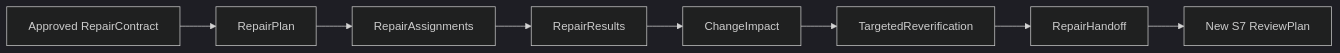
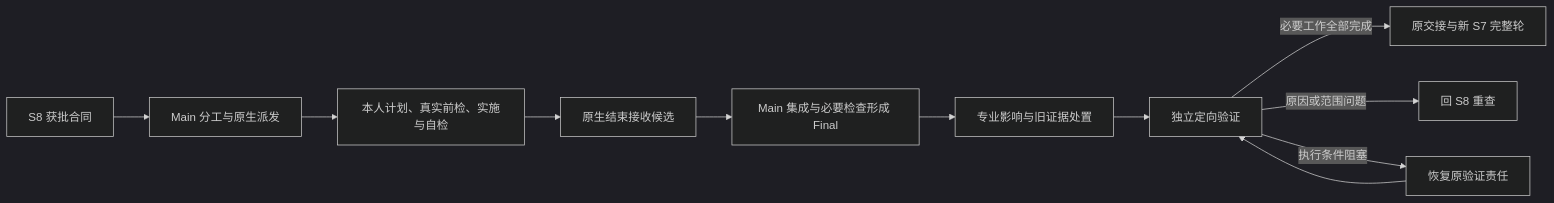
One commit to Sebs-Lee/go-system-builder changed the diagram in blueprint/l3-stages/L3-S9-repair.md. Above: the diagram before and after it, drawn with Mermaid (dark theme). The commit also changed other lines of this file and 468 other files, not shown here.

````diff
--- a/blueprint/l3-stages/L3-S9-repair.md
+++ b/blueprint/l3-stages/L3-S9-repair.md
@@ -299,10 +13,13 @@
 ```mermaid
 flowchart LR
-    RC["Approved RepairContract"] --> RP["RepairPlan"]
-    RP --> RA["RepairAssignments"]
-    RA --> RR["RepairResults"]
-    RR --> CI["ChangeImpact"]
-    CI --> TV["TargetedReverification"]
-    TV --> RH["RepairHandoff"]
-    RH --> S7["New S7 ReviewPlan"]
+    CONTRACT["S8 获批合同"] --> DIVIDE["Main 分工与原生派发"]
+    DIVIDE --> BUILD["本人计划、真实前检、实施与自检"]
+    BUILD --> CANDIDATE["原生结束接收候选"]
+    CANDIDATE --> FINAL["Main 集成与必要检查形成 Final"]
+    FINAL --> IMPACT["专业影响与旧证据处置"]
+    IMPACT --> TARGET["独立定向验证"]
+    TARGET -->|"必要工作全部完成"| HANDOFF["原交接与新 S7 完整轮"]
+    TARGET -->|"原因或范围问题"| INVESTIGATE["回 S8 重查"]
+    TARGET -->|"执行条件阻塞"| RECOVER["恢复原验证责任"]
+    RECOVER --> TARGET
 ```
````
